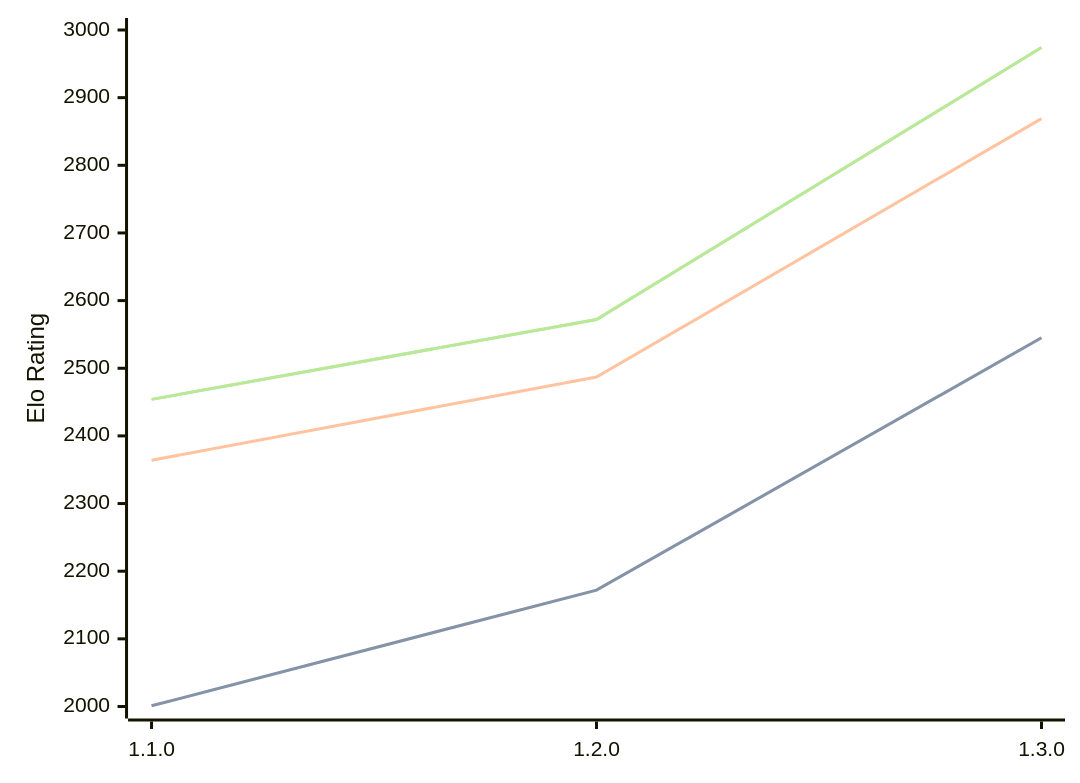
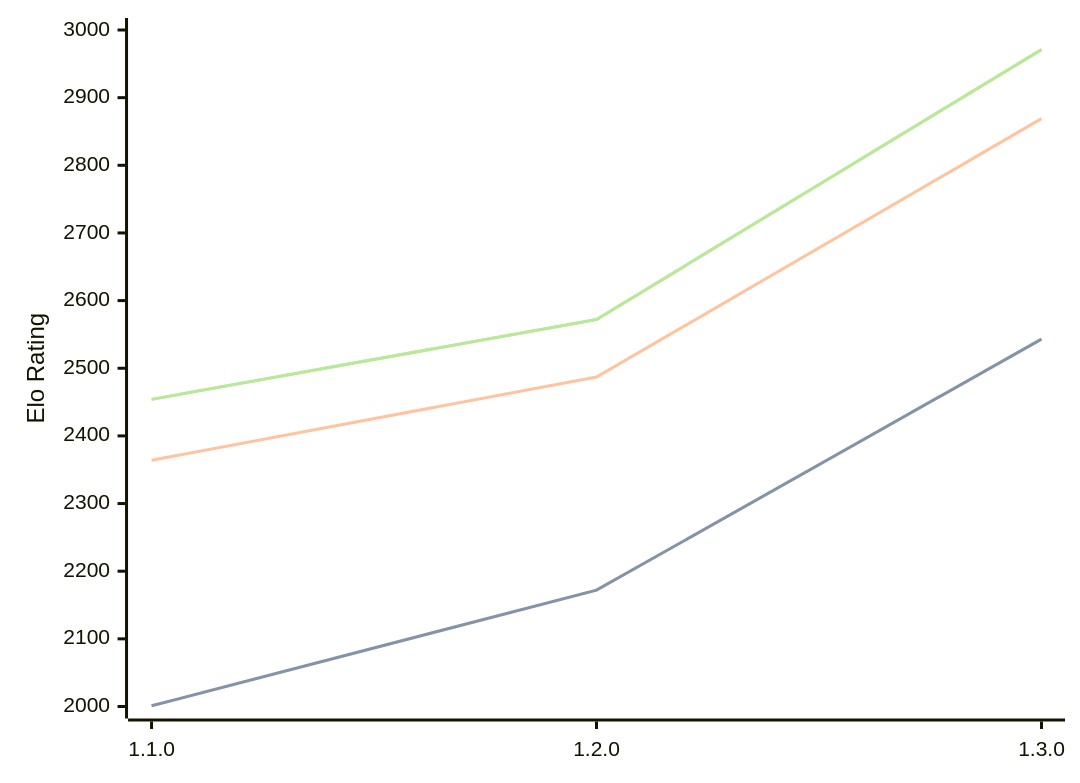
One commit to computer-chess-index/cci changed the diagram in engines/Gyatso.md. Above: the diagram before and after it, drawn with Mermaid. The commit also changed other lines of this file, not shown here.

Commit message:
Update CCI Ratings (ELO VLTC) - 2026-05-13

````diff
--- a/engines/Gyatso.md
+++ b/engines/Gyatso.md
@@ -34,11 +34,11 @@
 ```mermaid
 %%{init: {"theme":"base","themeVariables":{"seriesColors:['#a3a3a3','#222221','#faa371']}}}%%
 xychart-beta
   x-axis ["1.1.0", "1.2.0", "1.3.0"]
   y-axis "Elo Rating" 2000 --> 3000
-  line "STC (8.0+0.08s)" [2001, 2172, 2545]
-  line "STC (8.0+0.08s)" [2001, 2172, 2545]
+  line "STC (8.0+0.08s)" [2001, 2172, 2543]
+  line "STC (8.0+0.08s)" [2001, 2172, 2543]
   line "LTC (60.0+0.60s)" [2364, 2487, 2869]
-  line "VLTC (2m24s+1.12s)" [2454, 2572, 2974]
-  line "VLTC (2m24s+1.12s)" [2454, 2572, 2974]
+  line "VLTC (2m24s+1.12s)" [2454, 2572, 2971]
+  line "VLTC (2m24s+1.12s)" [2454, 2572, 2971]
 ```
````
